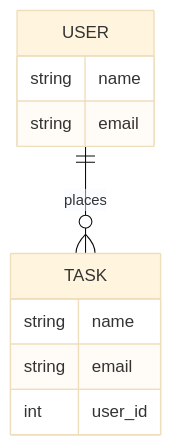
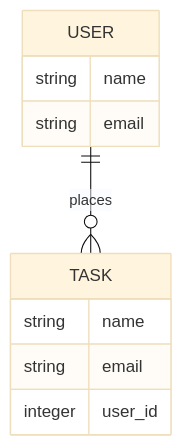
The first of 2 diagrams in README.md (tksotsk/facebook_clone_exam), drawn with Mermaid (base theme) before and after one commit.

````diff
--- a/README.md
+++ b/README.md
@@ -30,16 +30,16 @@
 ```mermaid
 erDiagram
     USER ||--o{ TASK :places
     USER {
         string name
         string email
        
     }
     
     TASK {
         string name
         string email
-        int user_id
+        integer user_id
     }
    
 ```
````
